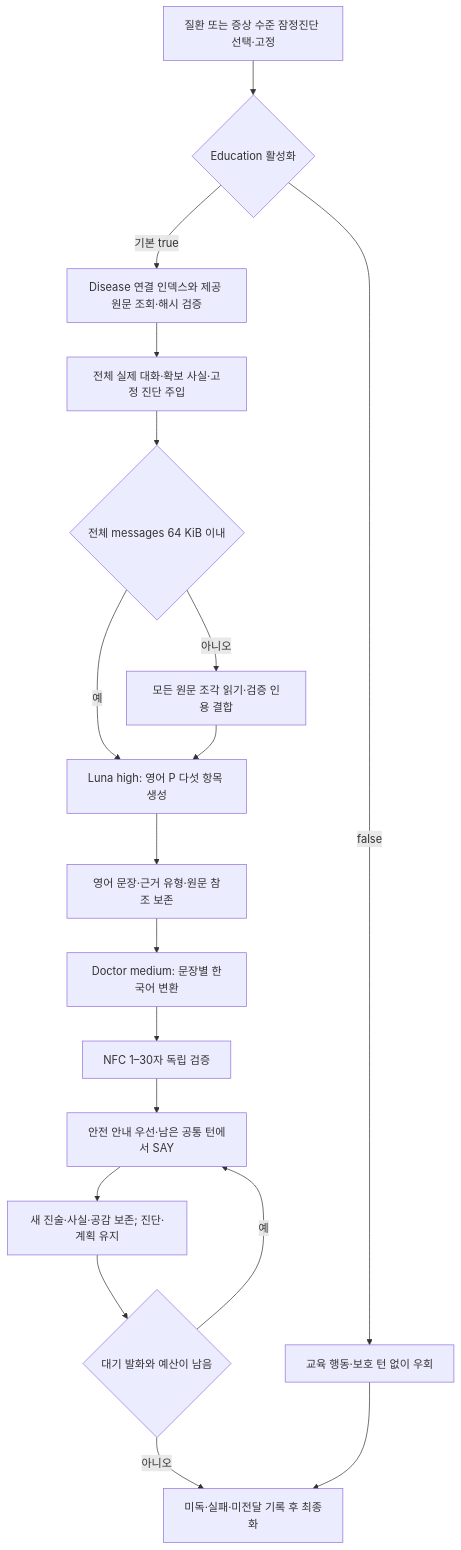
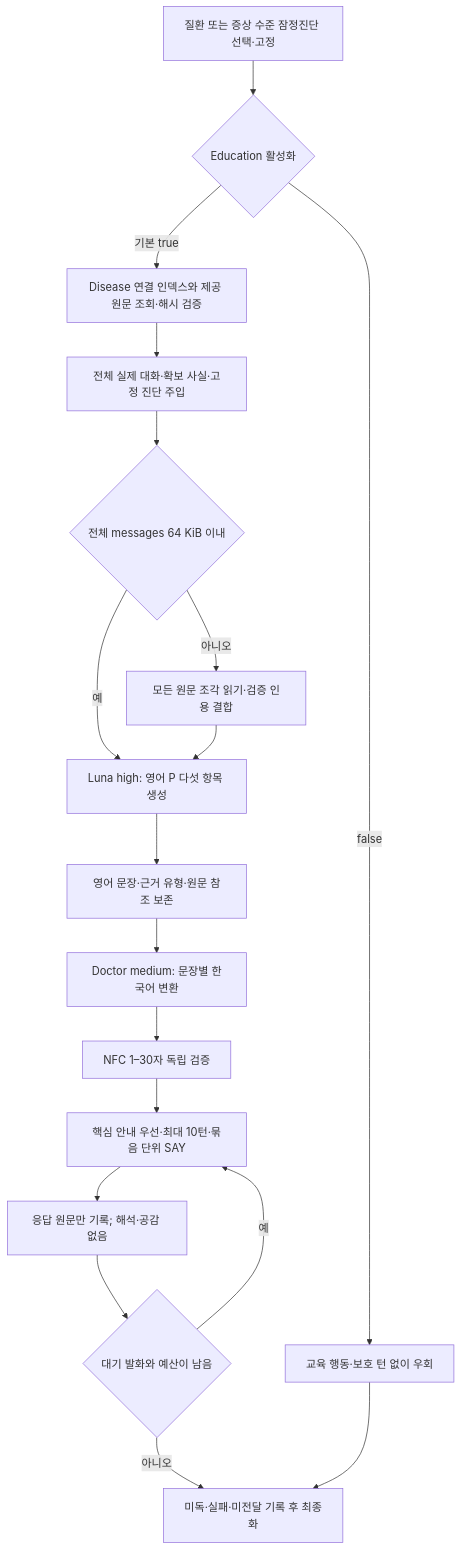
One commit to devRestain/Ontoward changed the fifth of 16 diagrams in submission/README.md. Above: the diagram before and after it, drawn with Mermaid. The commit also changed other lines of this file and 58 other files, not shown here.

````diff
--- a/submission/README.md
+++ b/submission/README.md
@@ -188,20 +192,20 @@
 ```mermaid
 flowchart TD
     E0["질환 또는 증상 수준 잠정진단 선택·고정"] --> Enabled{"Education 활성화"}
     Enabled -->|false| Skip["교육 행동·보호 턴 없이 우회"]
     Enabled -->|기본 true| E1["Disease 연결 인덱스와 제공 원문 조회·해시 검증"]
     E1 --> E2["전체 실제 대화·확보 사실·고정 진단 주입"]
     E2 --> Size{"전체 messages 64 KiB 이내"}
     Size -->|예| E3["Luna high: 영어 P 다섯 항목 생성"]
     Size -->|아니오| Read["모든 원문 조각 읽기·검증 인용 결합"]
     Read --> E3
     E3 --> P["영어 문장·근거 유형·원문 참조 보존"]
     P --> Doctor["Doctor medium: 문장별 한국어 변환"]
     Doctor --> Validate["NFC 1–30자 독립 검증"]
-    Validate --> Say["안전 안내 우선·남은 공통 턴에서 SAY"]
-    Say --> Reply["새 진술·사실·공감 보존; 진단·계획 유지"]
+    Validate --> Say["핵심 안내 우선·최대 10턴·묶음 단위 SAY"]
+    Say --> Reply["응답 원문만 기록; 해석·공감 없음"]
     Reply --> More{"대기 발화와 예산이 남음"}
     More -->|예| Say
     More -->|아니오| Final["미독·실패·미전달 기록 후 최종화"]
     Skip --> Final
 ```
````
